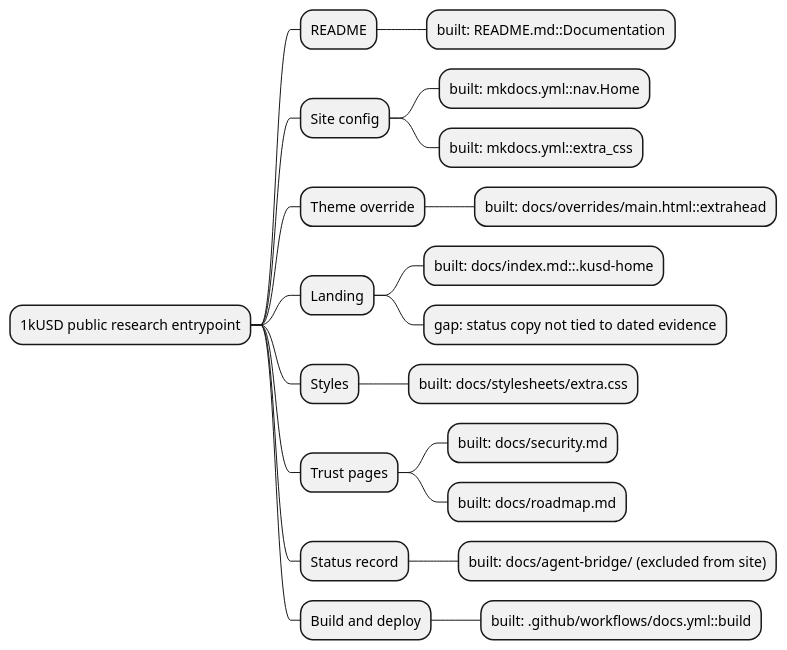
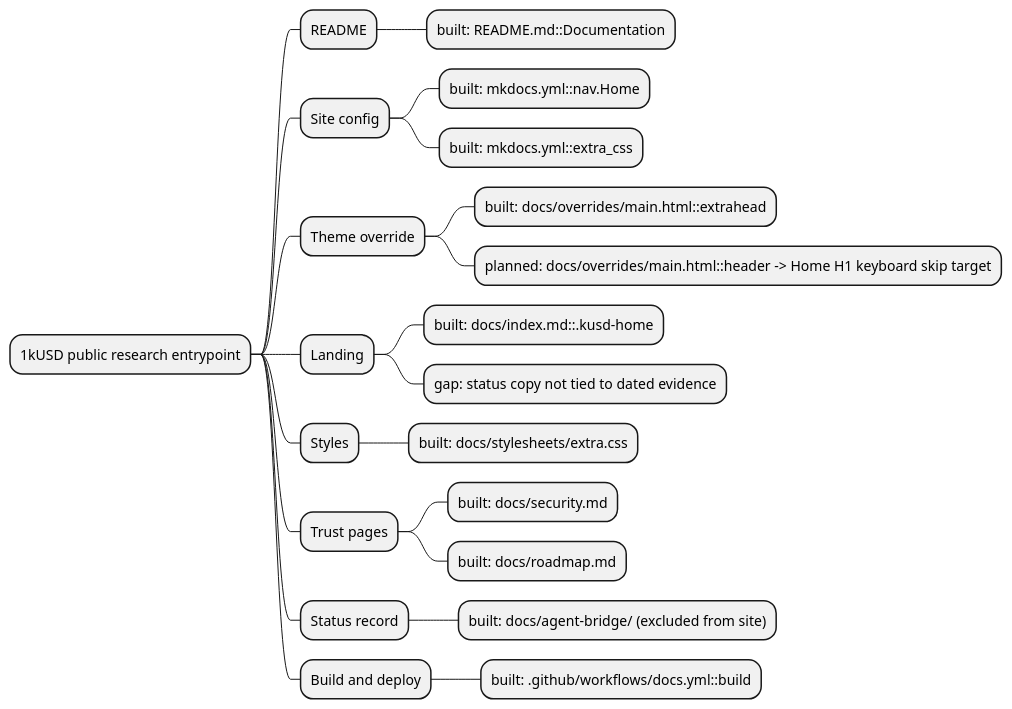
Before and after one commit to NeaBouli/1kUSD: the first of 2 diagrams in docs/architecture/map.puml, drawn with PlantUML. The commit also changed 4 other files, not shown here.

Commit message:
fix(docs): add homepage keyboard skip link on mapped theme hop

```diff
--- a/docs/architecture/map.puml
+++ b/docs/architecture/map.puml
@@ -1,22 +1,23 @@
 @startmindmap
 * 1kUSD public research entrypoint
 ** README
 *** built: README.md::Documentation
 ** Site config
 *** built: mkdocs.yml::nav.Home
 *** built: mkdocs.yml::extra_css
 ** Theme override
 *** built: docs/overrides/main.html::extrahead
+*** planned: docs/overrides/main.html::header -> Home H1 keyboard skip target
 ** Landing
 *** built: docs/index.md::.kusd-home
 *** gap: status copy not tied to dated evidence
 ** Styles
 *** built: docs/stylesheets/extra.css
 ** Trust pages
 *** built: docs/security.md
 *** built: docs/roadmap.md
 ** Status record
 *** built: docs/agent-bridge/ (excluded from site)
 ** Build and deploy
 *** built: .github/workflows/docs.yml::build
 @endmindmap
```
